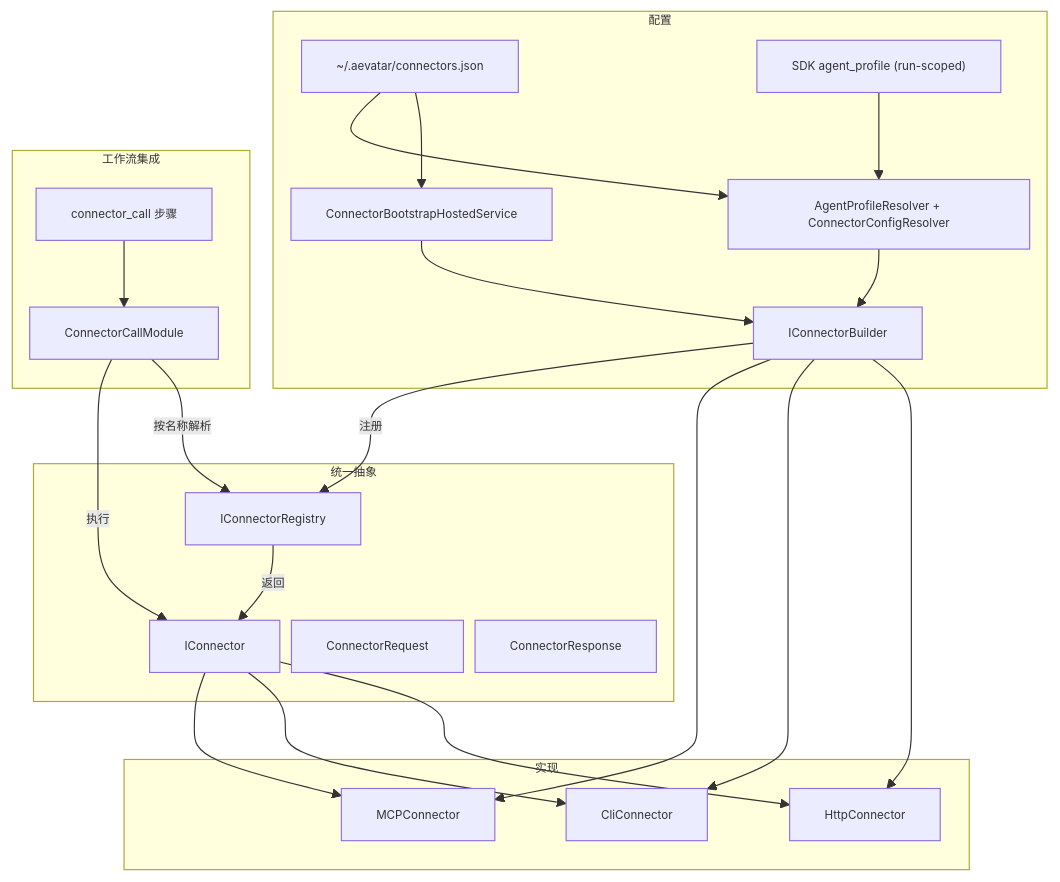
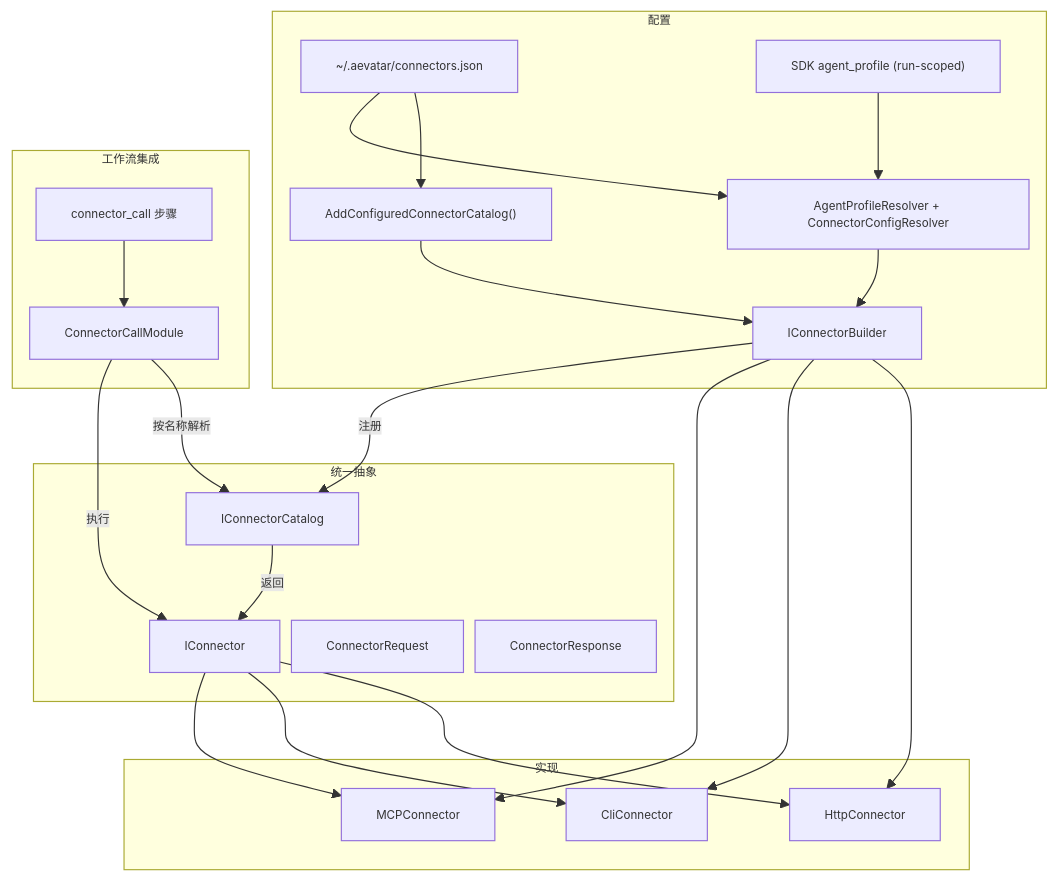
Before and after one commit to aevatarAI/aevatar: the eighth of 19 diagrams in docs/architecture/AEVATAR_MAINNET_ARCHITECTURE.md, drawn with Mermaid. The commit also changed other lines of this file and 68 other files, not shown here.

````diff
--- a/docs/architecture/AEVATAR_MAINNET_ARCHITECTURE.md
+++ b/docs/architecture/AEVATAR_MAINNET_ARCHITECTURE.md
@@ -418,42 +418,42 @@
 ```mermaid
 %%{init: {"maxTextSize": 100000, "flowchart": {"useMaxWidth": false, "nodeSpacing": 10, "rankSpacing": 50}, "themeVariables": {"fontSize": "10px"}}}%%
 flowchart TB
     subgraph abstraction ["统一抽象"]
         IC["IConnector"]
         Req["ConnectorRequest"]
         Resp["ConnectorResponse"]
-        Reg["IConnectorRegistry"]
+        Reg["IConnectorCatalog"]
     end
 
     subgraph impls ["实现"]
         HTTP["HttpConnector"]
         CLI["CliConnector"]
         MCP["MCPConnector"]
     end
 
     subgraph config ["配置"]
         JSON["~/.aevatar/connectors.json"]
         APROFILE["SDK agent_profile (run-scoped)"]
         MERGE["AgentProfileResolver + ConnectorConfigResolver"]
         Builder["IConnectorBuilder"]
-        Bootstrap["ConnectorBootstrapHostedService"]
+        Bootstrap["AddConfiguredConnectorCatalog()"]
     end
 
     subgraph workflow_int ["工作流集成"]
         CCM["ConnectorCallModule"]
         YAML["connector_call 步骤"]
     end
 
     IC --> HTTP & CLI & MCP
     JSON --> Bootstrap
     Bootstrap --> Builder
     APROFILE --> MERGE
     JSON --> MERGE
     MERGE --> Builder
     Builder --> HTTP & CLI & MCP
     Builder -->|"注册"| Reg
     YAML --> CCM
     CCM -->|"按名称解析"| Reg
     Reg -->|"返回"| IC
     CCM -->|"执行"| IC
 ```
````
